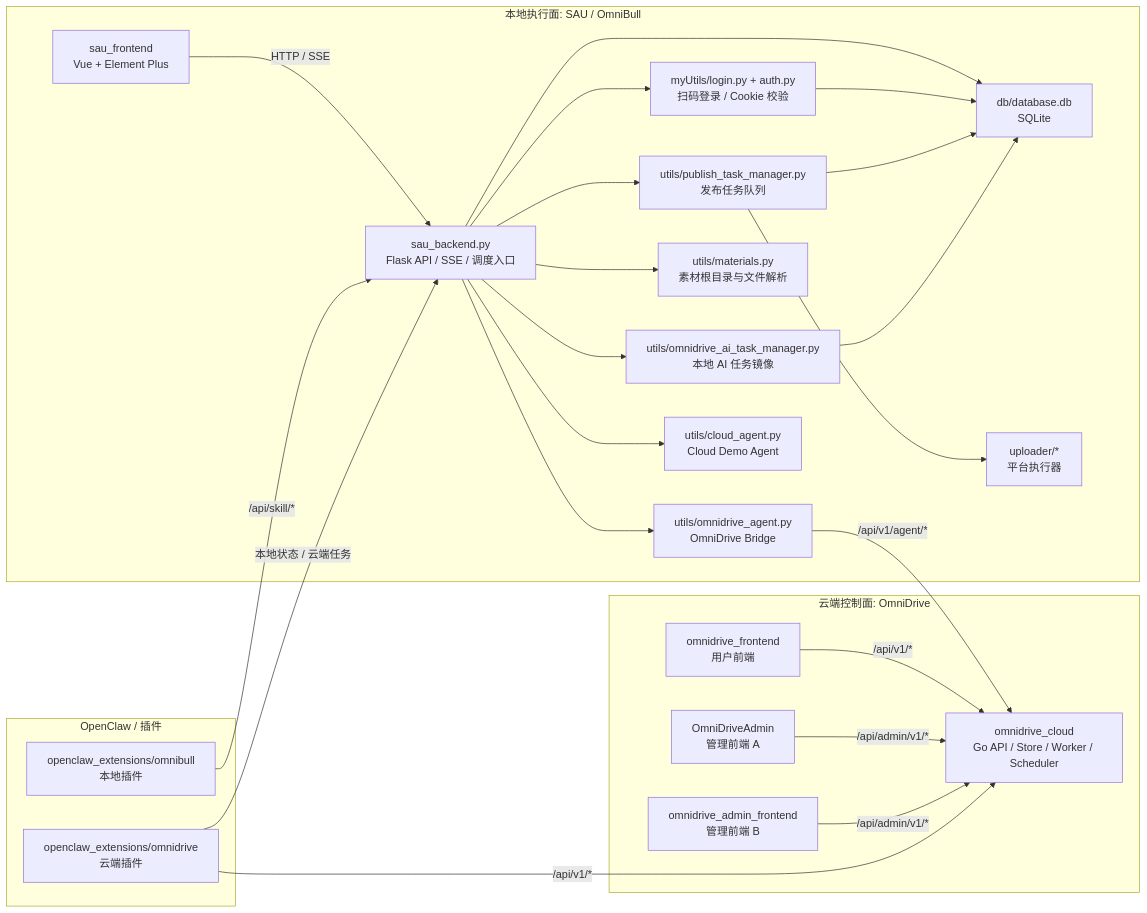
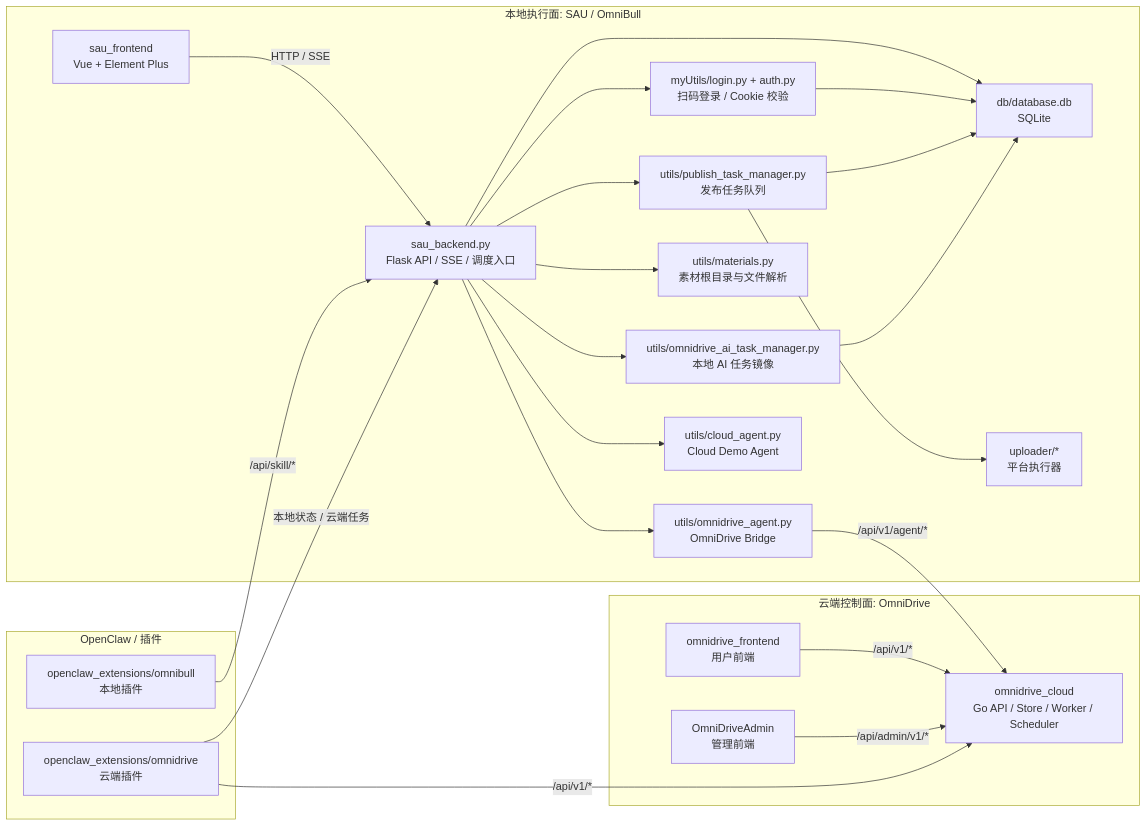
The first of 4 diagrams in docs/engineering_readiness_baseline.md (MSunne/social-auto-upload), drawn with Mermaid before and after one commit. The commit also changed other lines of this file and 44 other files, not shown here.

````diff
--- a/docs/engineering_readiness_baseline.md
+++ b/docs/engineering_readiness_baseline.md
@@ -47,49 +46,47 @@
 ```mermaid
 flowchart LR
   subgraph Local["本地执行面: SAU / OmniBull"]
     SAU_FE["sau_frontend<br/>Vue + Element Plus"]
     SAU_BE["sau_backend.py<br/>Flask API / SSE / 调度入口"]
     SAU_DB["db/database.db<br/>SQLite"]
     LOGIN["myUtils/login.py + auth.py<br/>扫码登录 / Cookie 校验"]
     TASK["utils/publish_task_manager.py<br/>发布任务队列"]
     AI_LOCAL["utils/omnidrive_ai_task_manager.py<br/>本地 AI 任务镜像"]
     UP["uploader/*<br/>平台执行器"]
     MAT["utils/materials.py<br/>素材根目录与文件解析"]
     OMB_AGENT["utils/omnidrive_agent.py<br/>OmniDrive Bridge"]
     DEMO_AGENT["utils/cloud_agent.py<br/>Cloud Demo Agent"]
   end
 
   subgraph Cloud["云端控制面: OmniDrive"]
     OD_API["omnidrive_cloud<br/>Go API / Store / Worker / Scheduler"]
     OD_FE["omnidrive_frontend<br/>用户前端"]
-    OD_ADMIN_A["OmniDriveAdmin<br/>管理前端 A"]
-    OD_ADMIN_B["omnidrive_admin_frontend<br/>管理前端 B"]
+    OD_ADMIN["OmniDriveAdmin<br/>管理前端"]
   end
 
   subgraph Tooling["OpenClaw / 插件"]
     OCB["openclaw_extensions/omnibull<br/>本地插件"]
     OCD["openclaw_extensions/omnidrive<br/>云端插件"]
   end
 
   SAU_FE -->|"HTTP / SSE"| SAU_BE
   SAU_BE --> SAU_DB
   SAU_BE --> LOGIN
   SAU_BE --> TASK
   SAU_BE --> AI_LOCAL
   SAU_BE --> MAT
   SAU_BE --> OMB_AGENT
   SAU_BE --> DEMO_AGENT
   TASK --> UP
   LOGIN --> SAU_DB
   TASK --> SAU_DB
   AI_LOCAL --> SAU_DB
 
   OD_FE -->|" /api/v1/* "| OD_API
-  OD_ADMIN_A -->|" /api/admin/v1/* "| OD_API
-  OD_ADMIN_B -->|" /api/admin/v1/* "| OD_API
+  OD_ADMIN -->|" /api/admin/v1/* "| OD_API
 
   OMB_AGENT -->|" /api/v1/agent/* "| OD_API
   OCB -->|" /api/skill/* "| SAU_BE
   OCD -->|"本地状态 / 云端任务"| SAU_BE
   OCD -->|" /api/v1/* "| OD_API
 ```
````
